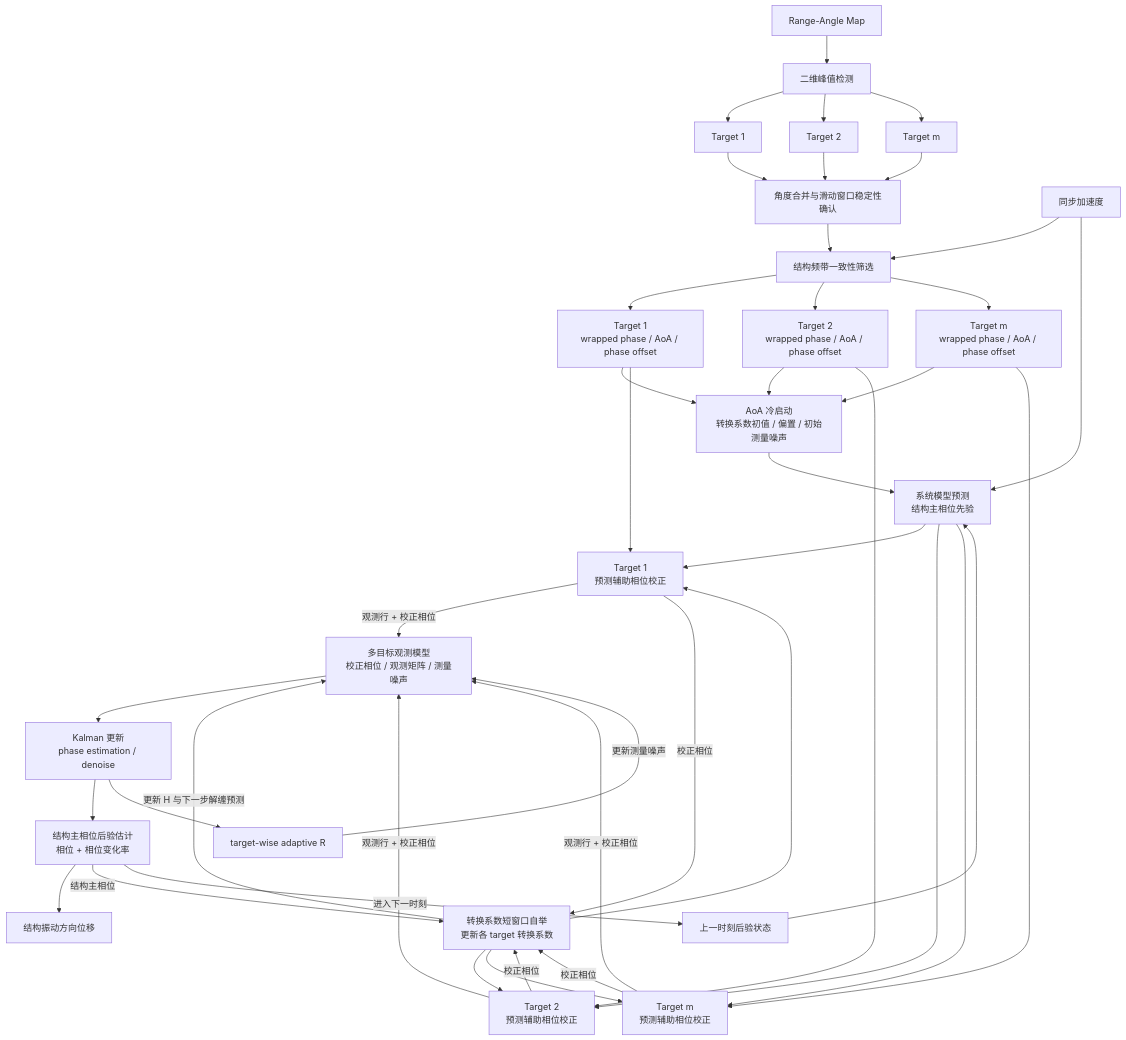
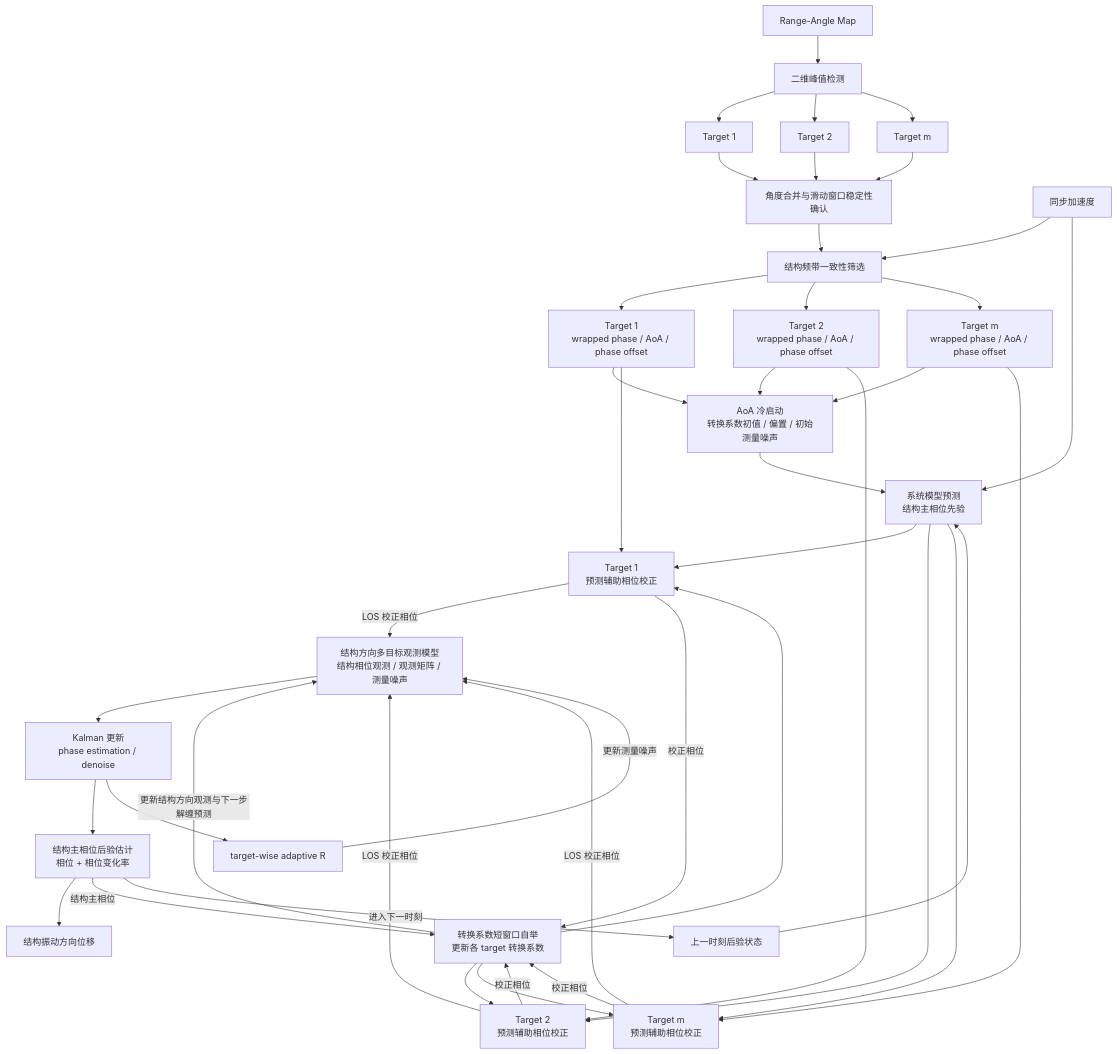
Before and after one commit to hobbyGG/thesis: the diagram in idea/kalman_flowchart_preview.md, drawn with Mermaid. The commit also changed other lines of this file and 146 other files, not shown here.

````diff
--- a/idea/kalman_flowchart_preview.md
+++ b/idea/kalman_flowchart_preview.md
@@ -7,55 +7,55 @@
 ```mermaid
 flowchart TD
     A["Range-Angle Map"] --> B["二维峰值检测"]
     B --> C1["Target 1"]
     B --> C2["Target 2"]
     B --> Cm["Target m"]
 
     C1 --> D["角度合并与滑动窗口稳定性确认"]
     C2 --> D
     Cm --> D
 
     D --> E["结构频带一致性筛选"]
     ACC["同步加速度"] --> E
 
     E --> F1["Target 1<br/>wrapped phase / AoA / phase offset"]
     E --> F2["Target 2<br/>wrapped phase / AoA / phase offset"]
     E --> Fm["Target m<br/>wrapped phase / AoA / phase offset"]
 
     F1 --> INIT["AoA 冷启动<br/>转换系数初值 / 偏置 / 初始测量噪声"]
     F2 --> INIT
     Fm --> INIT
 
     ACC --> PRED["系统模型预测<br/>结构主相位先验"]
     INIT --> PRED
     XOUT["上一时刻后验状态"] --> PRED
 
     PRED --> U1["Target 1<br/>预测辅助相位校正"]
     PRED --> U2["Target 2<br/>预测辅助相位校正"]
     PRED --> Um["Target m<br/>预测辅助相位校正"]
 
     F1 --> U1
     F2 --> U2
     Fm --> Um
 
-    U1 -- "观测行 + 校正相位" --> OBS["多目标观测模型<br/>校正相位 / 观测矩阵 / 测量噪声"]
-    U2 -- "观测行 + 校正相位" --> OBS
-    Um -- "观测行 + 校正相位" --> OBS
+    U1 -- "LOS 校正相位" --> OBS["结构方向多目标观测模型<br/>结构相位观测 / 观测矩阵 / 测量噪声"]
+    U2 -- "LOS 校正相位" --> OBS
+    Um -- "LOS 校正相位" --> OBS
 
     OBS --> KF["Kalman 更新<br/>phase estimation / denoise"]
     KF --> XEST["结构主相位后验估计<br/>相位 + 相位变化率"]
     XEST --> DISP["结构振动方向位移"]
 
     U1 -- "校正相位" --> BETA["转换系数短窗口自举<br/>更新各 target 转换系数"]
     U2 -- "校正相位" --> BETA
     Um -- "校正相位" --> BETA
     XEST -- "结构主相位" --> BETA
-    BETA -- "更新 H 与下一步解缠预测" --> OBS
+    BETA -- "更新结构方向观测与下一步解缠预测" --> OBS
     BETA --> U1
     BETA --> U2
     BETA --> Um
 
     KF --> RADAPT["target-wise adaptive R"]
     RADAPT -- "更新测量噪声" --> OBS
     XEST -- "进入下一时刻" --> XOUT
 ```
````
